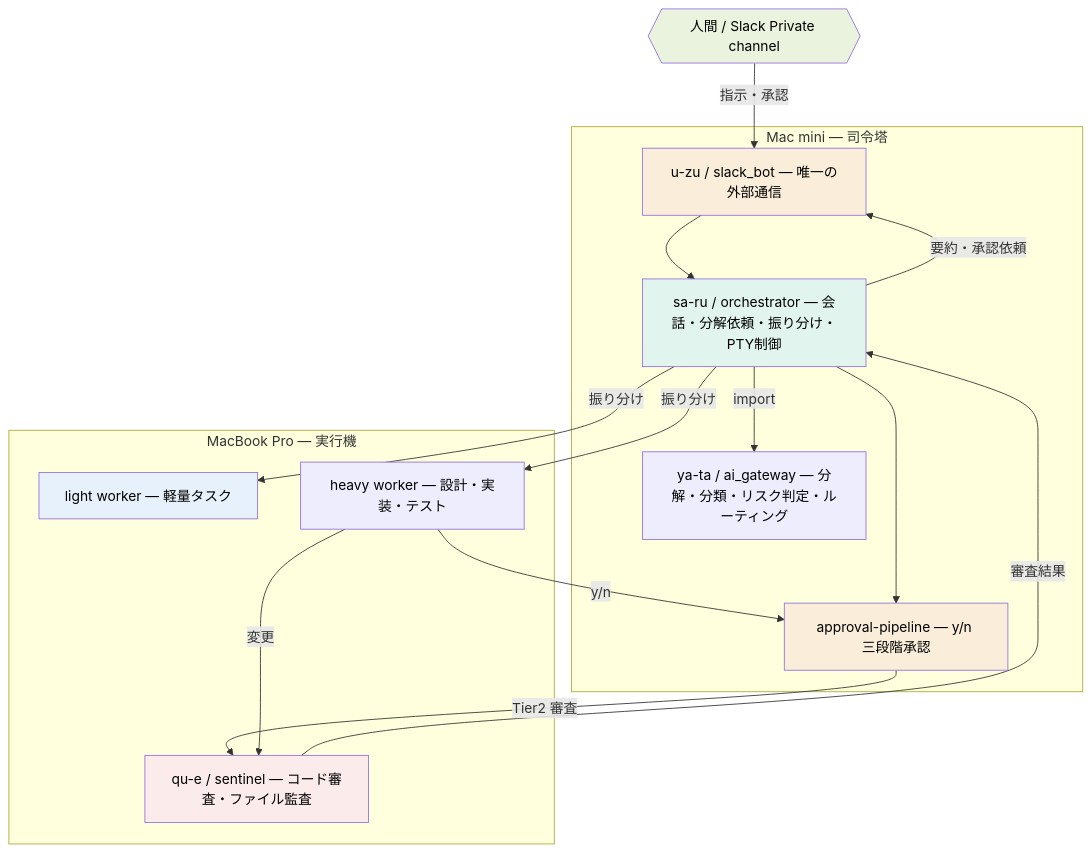
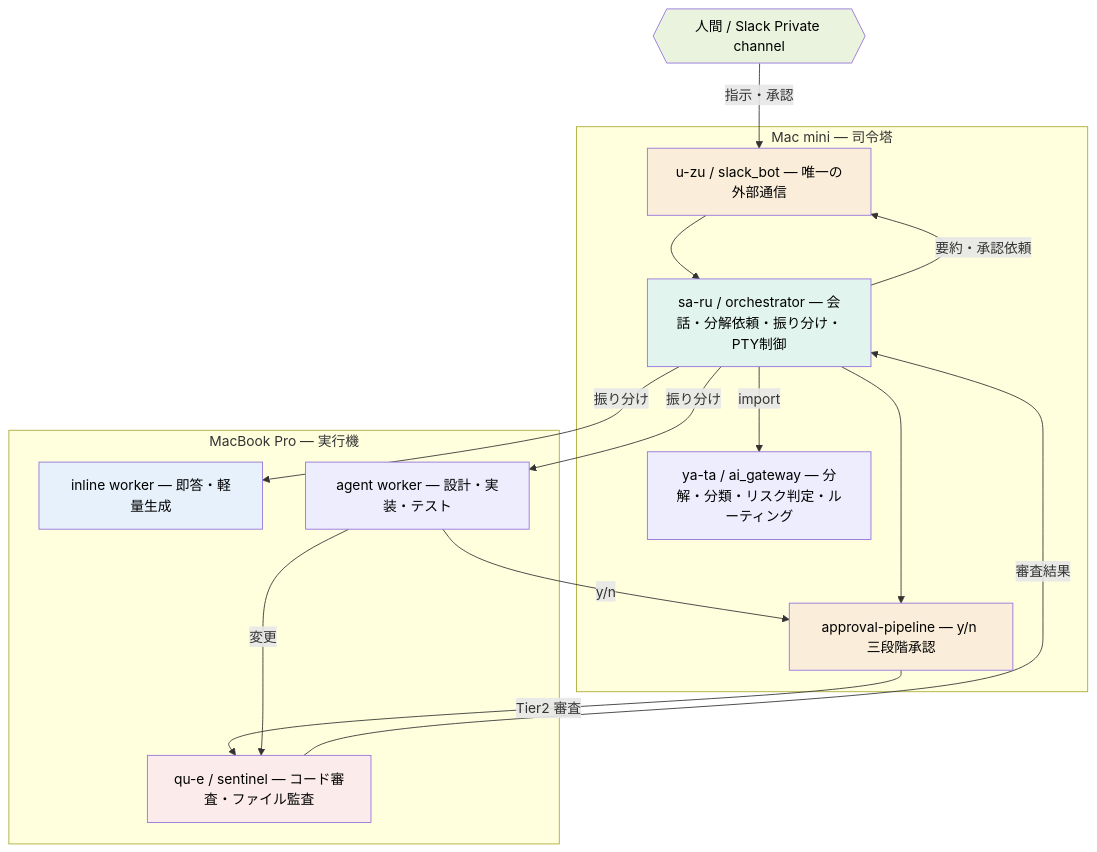
One commit to denkaishitsu/taka-ma changed the diagram in README.md. Above: the diagram before and after it, drawn with Mermaid. The commit also changed other lines of this file, not shown here.

````diff
--- a/README.md
+++ b/README.md
@@ -59,38 +65,38 @@
 ```mermaid
 graph TD
     H{{人間 / Slack Private channel}}
 
     subgraph mini["Mac mini — 司令塔"]
         U[u-zu / slack_bot — 唯一の外部通信]
         S[sa-ru / orchestrator — 会話・分解依頼・振り分け・PTY制御]
         Y[ya-ta / ai_gateway — 分解・分類・リスク判定・ルーティング]
         AP[approval-pipeline — y/n 三段階承認]
     end
 
     subgraph mbp["MacBook Pro — 実行機"]
-        WL[light worker — 軽量タスク]
-        WH[heavy worker — 設計・実装・テスト]
+        WL[inline worker — 即答・軽量生成]
+        WH[agent worker — 設計・実装・テスト]
         Q[qu-e / sentinel — コード審査・ファイル監査]
     end
 
     H -->|指示・承認| U
     U --> S
     S -->|import| Y
     S -->|振り分け| WL
     S -->|振り分け| WH
     S --> AP
     WH -->|y/n| AP
     AP -->|Tier2 審査| Q
     WH -->|変更| Q
     Q -->|審査結果| S
     S -->|要約・承認依頼| U
 
     style S fill:#E1F5EE,color:#000
     style Y fill:#EEEDFE,color:#000
     style WL fill:#E6F1FB,color:#000
     style WH fill:#EEEDFE,color:#000
     style Q fill:#FCEBEB,color:#000
     style AP fill:#FAEEDA,color:#000
     style U fill:#FAEEDA,color:#000
     style H fill:#EAF3DE,color:#000
 ```
````
